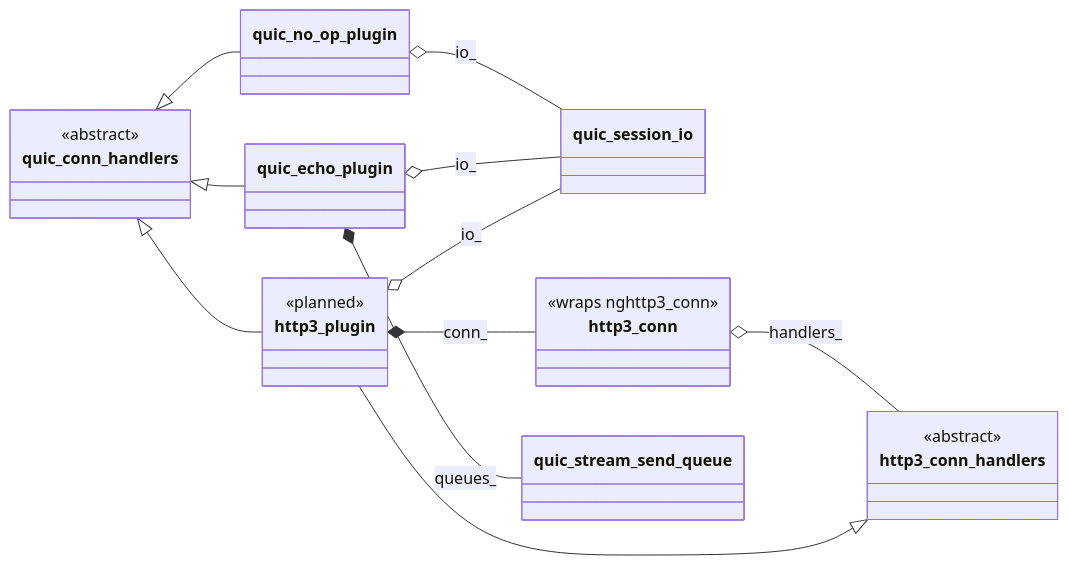
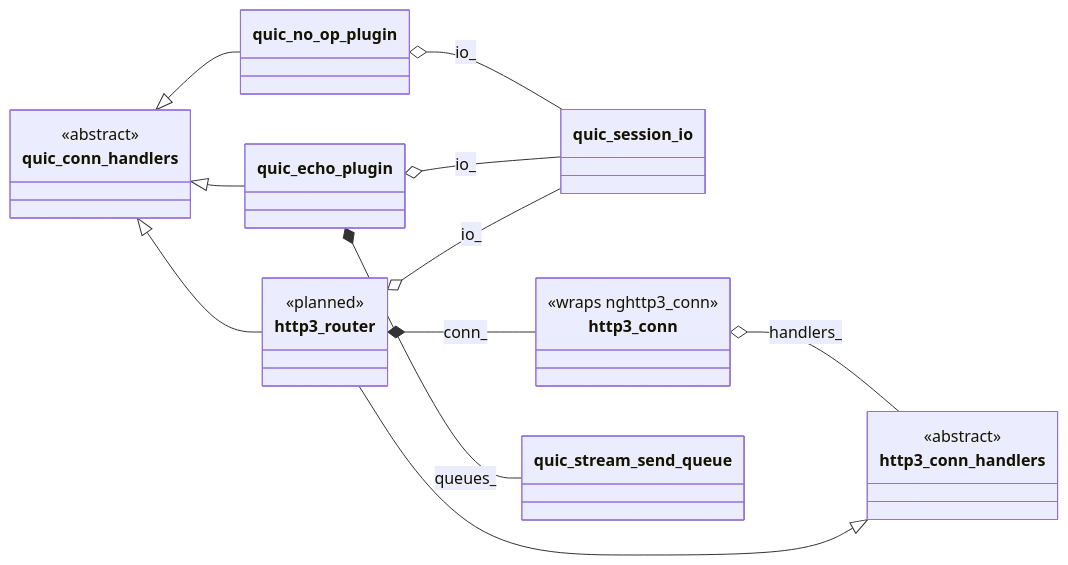
Before and after one commit to stevensudit/Corvid: the second of 3 diagrams in corvid/proto/quic/classes.md, drawn with Mermaid. The commit also changed other lines of this file and 4 other files, not shown here.

````diff
--- a/corvid/proto/quic/classes.md
+++ b/corvid/proto/quic/classes.md
@@ -90,33 +90,33 @@
 ```mermaid
 classDiagram
     direction LR
 
     class quic_conn_handlers {
         <<abstract>>
     }
     class http3_conn_handlers {
         <<abstract>>
     }
     class quic_session_io
     class quic_no_op_plugin
     class quic_echo_plugin
-    class http3_plugin {
+    class http3_router {
         <<planned>>
     }
     class http3_conn {
         <<wraps nghttp3_conn>>
     }
     class quic_stream_send_queue
 
     quic_conn_handlers <|-- quic_no_op_plugin
     quic_conn_handlers <|-- quic_echo_plugin
-    quic_conn_handlers <|-- http3_plugin
-    http3_conn_handlers <|-- http3_plugin
+    quic_conn_handlers <|-- http3_router
+    http3_conn_handlers <|-- http3_router
 
-    http3_plugin *-- http3_conn : conn_
+    http3_router *-- http3_conn : conn_
     http3_conn o-- http3_conn_handlers : handlers_
     quic_echo_plugin *-- quic_stream_send_queue : queues_
     quic_no_op_plugin o-- quic_session_io : io_
     quic_echo_plugin o-- quic_session_io : io_
-    http3_plugin o-- quic_session_io : io_
+    http3_router o-- quic_session_io : io_
 ```
````
